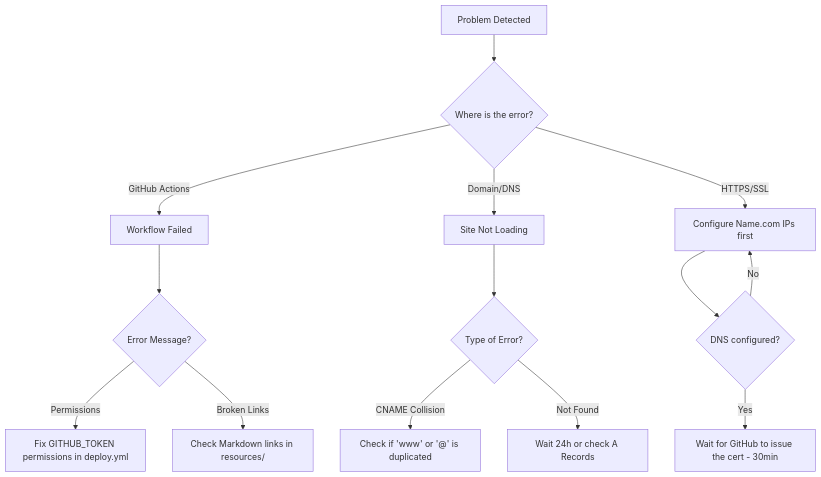
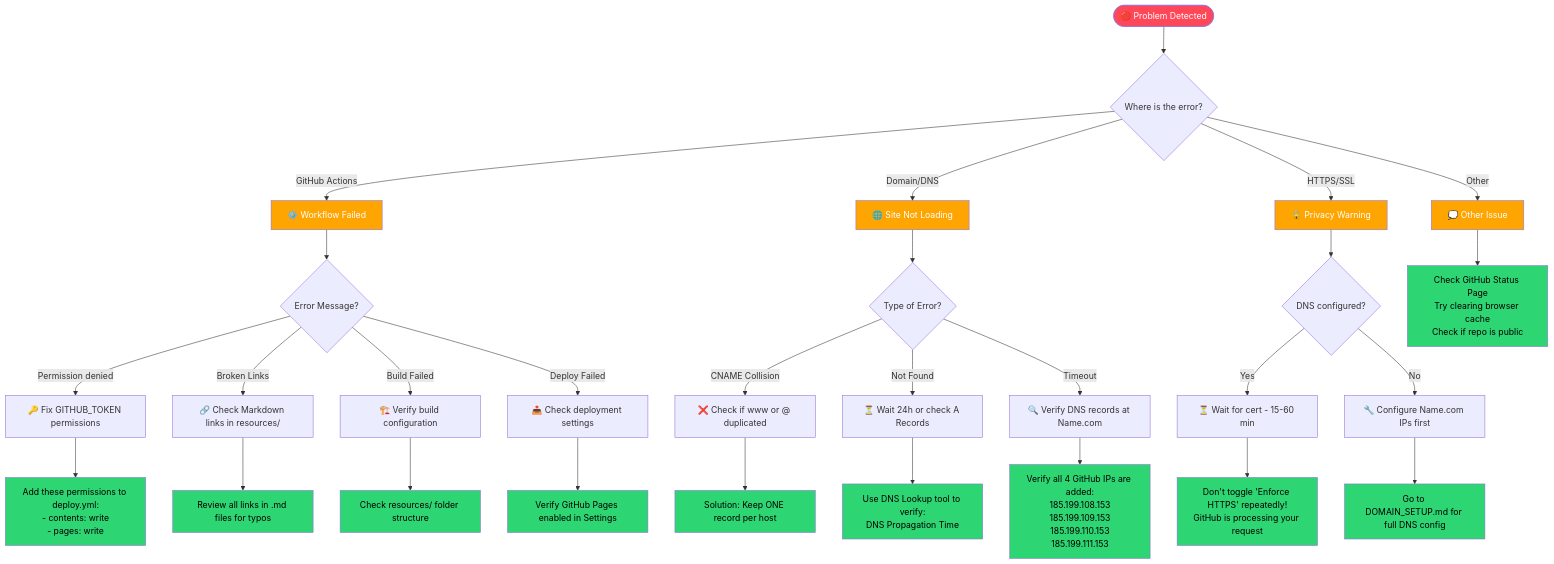
One commit to Genovese-Felipe/student-pack changed the first of 7 diagrams in resources/TROUBLESHOOTING.md. Above: the diagram before and after it, drawn with Mermaid. The commit also changed other lines of this file and 8 other files, not shown here.

Commit message:
Enhance documentation with comprehensive Mermaid diagrams and visual flows

````diff
--- a/resources/TROUBLESHOOTING.md
+++ b/resources/TROUBLESHOOTING.md
@@ -7,20 +7,58 @@
 ```mermaid
 graph TD
-    Start[Problem Detected] --> Type{Where is the error?}
+    Start([🔴 Problem Detected]) --> Type{Where is the error?}
 
-    Type -->|GitHub Actions| Actions[Workflow Failed]
-    Type -->|Domain/DNS| DNS[Site Not Loading]
-    Type -->|HTTPS/SSL| SSL[Privacy Warning]
+    Type -->|GitHub Actions| Actions[⚙️ Workflow Failed]
+    Type -->|Domain/DNS| DNS[🌐 Site Not Loading]
+    Type -->|HTTPS/SSL| SSL[🔒 Privacy Warning]
+    Type -->|Other| Other[💭 Other Issue]
 
+    %% GitHub Actions Branch
     Actions --> Act1{Error Message?}
-    Act1 -->|Permissions| Act2[Fix GITHUB_TOKEN permissions in deploy.yml]
-    Act1 -->|Broken Links| Act3[Check Markdown links in resources/]
+    Act1 -->|Permission denied| Act2[🔑 Fix GITHUB_TOKEN permissions]
+    Act1 -->|Broken Links| Act3[🔗 Check Markdown links in resources/]
+    Act1 -->|Build Failed| Act4[🏗️ Verify build configuration]
+    Act1 -->|Deploy Failed| Act5[📤 Check deployment settings]
+    
+    Act2 --> Act2a["Add these permissions to deploy.yml:<br/>- contents: write<br/>- pages: write"]
+    Act3 --> Act3a[Review all links in .md files for typos]
+    Act4 --> Act4a[Check resources/ folder structure]
+    Act5 --> Act5a[Verify GitHub Pages enabled in Settings]
 
+    %% DNS Branch
     DNS --> DNS1{Type of Error?}
-    DNS1 -->|CNAME Collision| DNS2[Check if 'www' or '@' is duplicated]
-    DNS1 -->|Not Found| DNS3[Wait 24h or check A Records]
+    DNS1 -->|CNAME Collision| DNS2[❌ Check if www or @ duplicated]
+    DNS1 -->|Not Found| DNS3[⏳ Wait 24h or check A Records]
+    DNS1 -->|Timeout| DNS4[🔍 Verify DNS records at Name.com]
+    
+    DNS2 --> DNS2a["Solution: Keep ONE record per host"]
+    DNS3 --> DNS3a["Use DNS Lookup tool to verify:<br/>DNS Propagation Time"]
+    DNS4 --> DNS4a["Verify all 4 GitHub IPs are added:<br/>185.199.108.153<br/>185.199.109.153<br/>185.199.110.153<br/>185.199.111.153"]
 
+    %% SSL Branch
     SSL --> SSL1{DNS configured?}
-    SSL1 -->|Yes| SSL2[Wait for GitHub to issue the cert - 30min]
-    SSL1 -->|No| SSL[Configure Name.com IPs first]
+    SSL1 -->|Yes| SSL2[⏳ Wait for cert - 15-60 min]
+    SSL1 -->|No| SSL3[🔧 Configure Name.com IPs first]
+    
+    SSL2 --> SSL2a["Don't toggle 'Enforce HTTPS' repeatedly!<br/>GitHub is processing your request"]
+    SSL3 --> SSL3a["Go to DOMAIN_SETUP.md for full DNS config"]
+
+    %% Other Branch
+    Other --> Oth1["Check GitHub Status Page<br/>Try clearing browser cache<br/>Check if repo is public"]
+
+    style Start fill:#ff4757,color:#fff
+    style Actions fill:#ffa502,color:#fff
+    style DNS fill:#ffa502,color:#fff
+    style SSL fill:#ffa502,color:#fff
+    style Other fill:#ffa502,color:#fff
+    style Act2a fill:#2ed573,color:#000
+    style Act3a fill:#2ed573,color:#000
+    style Act4a fill:#2ed573,color:#000
+    style Act5a fill:#2ed573,color:#000
+    style DNS2a fill:#2ed573,color:#000
+    style DNS3a fill:#2ed573,color:#000
+    style DNS4a fill:#2ed573,color:#000
+    style SSL2a fill:#2ed573,color:#000
+    style SSL3a fill:#2ed573,color:#000
+    style Oth1 fill:#2ed573,color:#000
 ```
````
